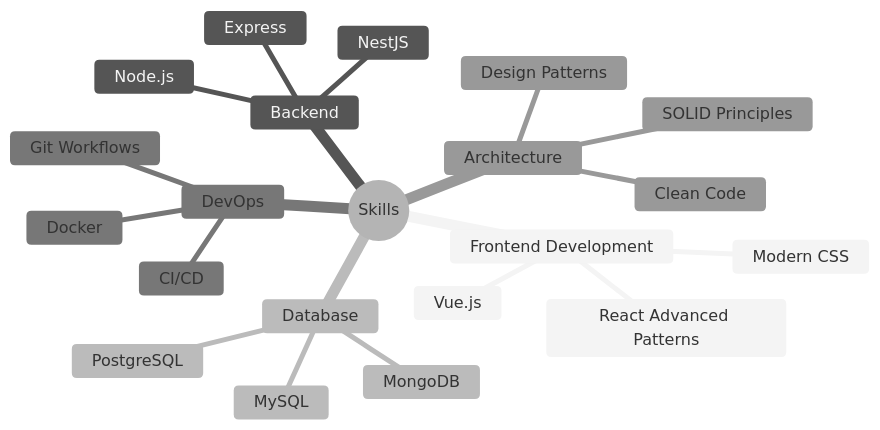
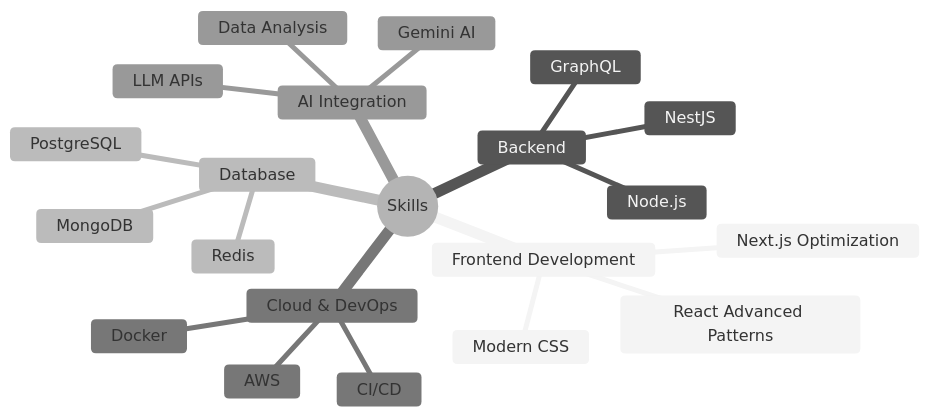
One commit to inevitable-ank/inevitable-ank changed the diagram in README.md. Above: the diagram before and after it, drawn with Mermaid (neutral theme). The commit also changed other lines of this file, not shown here.

Commit message:
Enhanced README with real resume data, projects, and professional experience

````diff
--- a/README.md
+++ b/README.md
@@ -92,24 +127,24 @@
 ```mermaid
 mindmap
   root((Skills))
     Frontend Development
       React Advanced Patterns
-      Vue.js
+      Next.js Optimization
       Modern CSS
     Backend
       Node.js
-      Express
       NestJS
+      GraphQL
     Database
       PostgreSQL
       MongoDB
-      MySQL
-    DevOps
+      Redis
+    Cloud & DevOps
+      AWS
       Docker
       CI/CD
-      Git Workflows
-    Architecture
-      Clean Code
-      SOLID Principles
-      Design Patterns
+    AI Integration
+      Gemini AI
+      LLM APIs
+      Data Analysis
 ```
````
